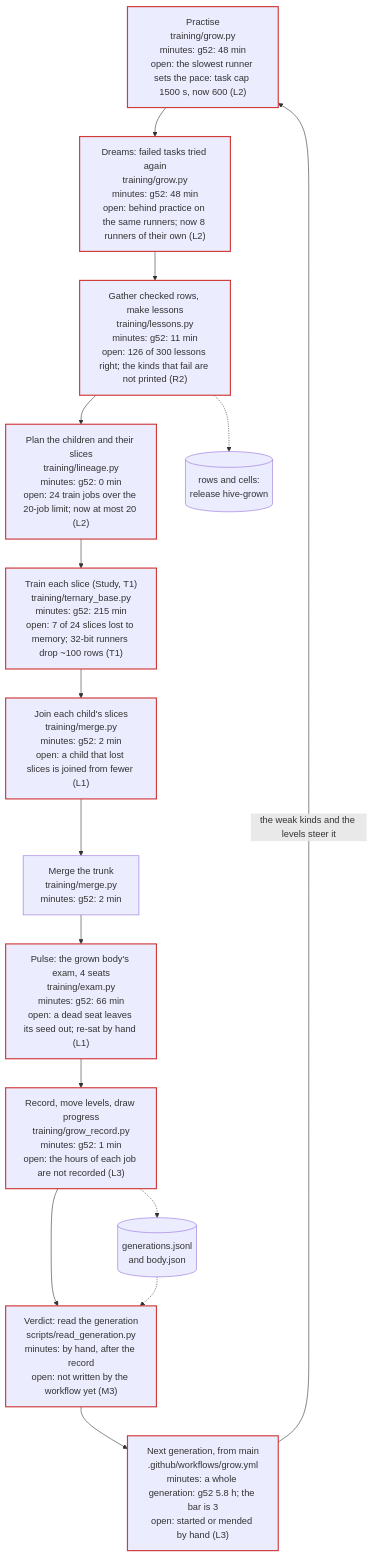
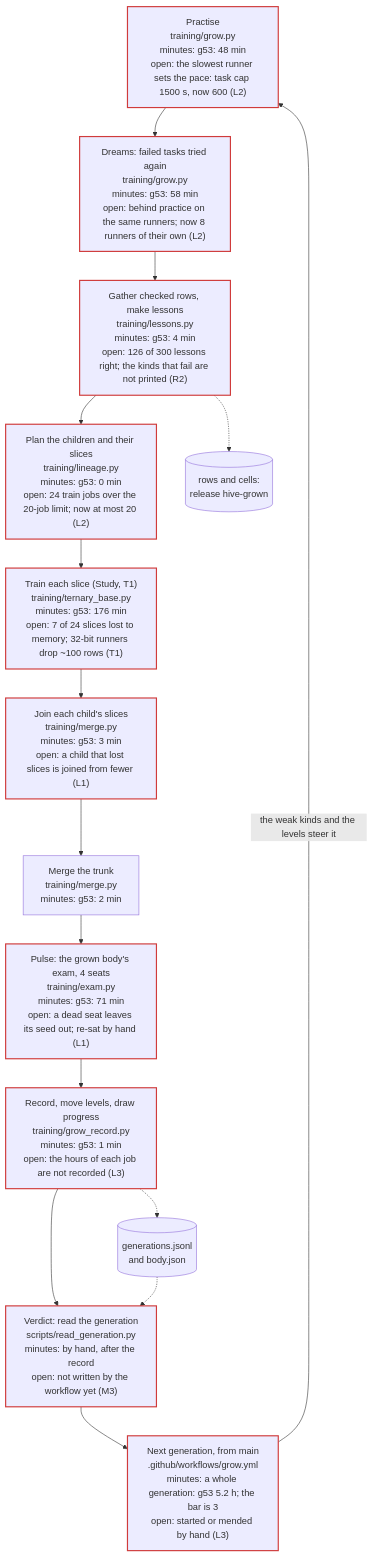
One commit to Arnav123-s/HiveMIND changed the first of 4 diagrams in docs/KNOWLEDGE.md. Above: the diagram before and after it, drawn with Mermaid. The commit also changed 17 other files, not shown here.

Commit message:
The hive's body: generation g53

````diff
--- a/docs/KNOWLEDGE.md
+++ b/docs/KNOWLEDGE.md
@@ -11,31 +11,31 @@
 ```mermaid
 flowchart TD
-  practise["Practise<br/>training/grow.py<br/>minutes: g52: 48 min<br/>open: the slowest runner sets the pace: task cap 1500 s, now 600 (L2)"]:::open
-  dreams["Dreams: failed tasks tried again<br/>training/grow.py<br/>minutes: g52: 48 min<br/>open: behind practice on the same runners; now 8 runners of their own (L2)"]:::open
-  gather["Gather checked rows, make lessons<br/>training/lessons.py<br/>minutes: g52: 11 min<br/>open: 126 of 300 lessons right; the kinds that fail are not printed (R2)"]:::open
-  plan["Plan the children and their slices<br/>training/lineage.py<br/>minutes: g52: 0 min<br/>open: 24 train jobs over the 20-job limit; now at most 20 (L2)"]:::open
-  trainc["Train each slice (Study, T1)<br/>training/ternary_base.py<br/>minutes: g52: 215 min<br/>open: 7 of 24 slices lost to memory; 32-bit runners drop ~100 rows (T1)"]:::open
-  join["Join each child's slices<br/>training/merge.py<br/>minutes: g52: 2 min<br/>open: a child that lost slices is joined from fewer (L1)"]:::open
-  trunk["Merge the trunk<br/>training/merge.py<br/>minutes: g52: 2 min"]
-  pulse["Pulse: the grown body's exam, 4 seats<br/>training/exam.py<br/>minutes: g52: 66 min<br/>open: a dead seat leaves its seed out; re-sat by hand (L1)"]:::open
-  recordg["Record, move levels, draw progress<br/>training/grow_record.py<br/>minutes: g52: 1 min<br/>open: the hours of each job are not recorded (L3)"]:::open
+  practise["Practise<br/>training/grow.py<br/>minutes: g53: 48 min<br/>open: the slowest runner sets the pace: task cap 1500 s, now 600 (L2)"]:::open
+  dreams["Dreams: failed tasks tried again<br/>training/grow.py<br/>minutes: g53: 58 min<br/>open: behind practice on the same runners; now 8 runners of their own (L2)"]:::open
+  gather["Gather checked rows, make lessons<br/>training/lessons.py<br/>minutes: g53: 4 min<br/>open: 126 of 300 lessons right; the kinds that fail are not printed (R2)"]:::open
+  plan["Plan the children and their slices<br/>training/lineage.py<br/>minutes: g53: 0 min<br/>open: 24 train jobs over the 20-job limit; now at most 20 (L2)"]:::open
+  trainc["Train each slice (Study, T1)<br/>training/ternary_base.py<br/>minutes: g53: 176 min<br/>open: 7 of 24 slices lost to memory; 32-bit runners drop ~100 rows (T1)"]:::open
+  join["Join each child's slices<br/>training/merge.py<br/>minutes: g53: 3 min<br/>open: a child that lost slices is joined from fewer (L1)"]:::open
+  trunk["Merge the trunk<br/>training/merge.py<br/>minutes: g53: 2 min"]
+  pulse["Pulse: the grown body's exam, 4 seats<br/>training/exam.py<br/>minutes: g53: 71 min<br/>open: a dead seat leaves its seed out; re-sat by hand (L1)"]:::open
+  recordg["Record, move levels, draw progress<br/>training/grow_record.py<br/>minutes: g53: 1 min<br/>open: the hours of each job are not recorded (L3)"]:::open
   verdictg["Verdict: read the generation<br/>scripts/read_generation.py<br/>minutes: by hand, after the record<br/>open: not written by the workflow yet (M3)"]:::open
-  nextg["Next generation, from main<br/>.github/workflows/grow.yml<br/>minutes: a whole generation: g52 5.8 h; the bar is 3<br/>open: started or mended by hand (L3)"]:::open
+  nextg["Next generation, from main<br/>.github/workflows/grow.yml<br/>minutes: a whole generation: g53 5.2 h; the bar is 3<br/>open: started or mended by hand (L3)"]:::open
   practise --> dreams
   dreams --> gather
   gather --> plan
   plan --> trainc
   trainc --> join
   join --> trunk
   trunk --> pulse
   pulse --> recordg
   recordg --> verdictg
   verdictg --> nextg
   nextg -->|"the weak kinds and the levels steer it"| practise
   rel[("rows and cells:<br/>release hive-grown")]
   rec[("generations.jsonl<br/>and body.json")]
   gather -.-> rel
   recordg -.-> rec
   rec -.-> verdictg
   classDef open stroke:#d03b3b,stroke-width:2px
 ```
````
